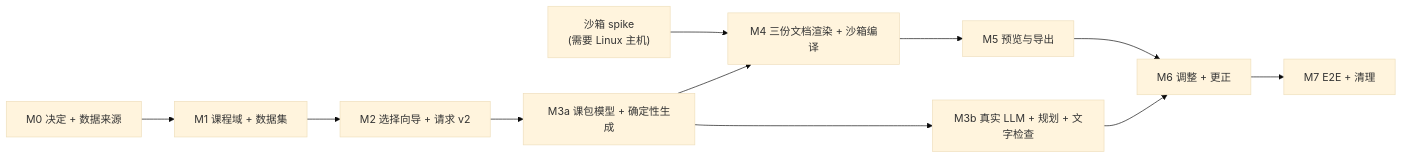
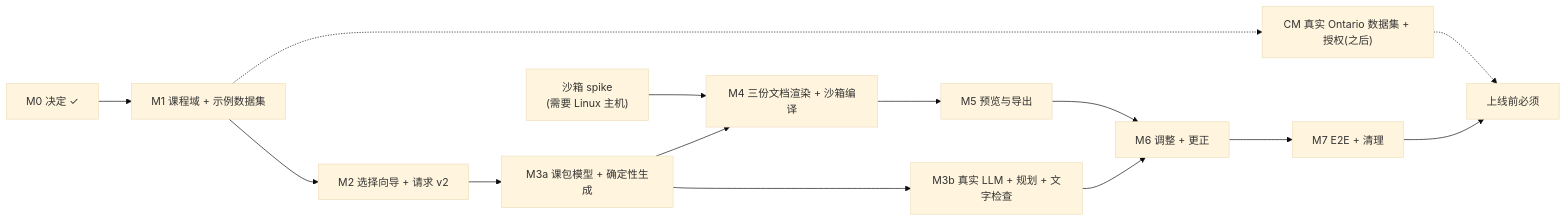
Before and after one commit to yangzi33/noteprep: the second of 2 diagrams in docs/refactor-plan.md, drawn with Mermaid (base theme). The commit also changed other lines of this file and 11 other files, not shown here.

````diff
--- a/docs/refactor-plan.md
+++ b/docs/refactor-plan.md
@@ -143,7 +143,10 @@
 ```mermaid
 flowchart LR
-  M0["M0 决定 + 数据来源"] --> M1["M1 课程域 + 数据集"] --> M2["M2 选择向导 + 请求 v2"] --> M3a["M3a 课包模型 + 确定性生成"] --> M3b["M3b 真实 LLM + 规划 + 文字检查"]
+  M0["M0 决定 ✓"] --> M1["M1 课程域 + 示例数据集"] --> M2["M2 选择向导 + 请求 v2"] --> M3a["M3a 课包模型 + 确定性生成"] --> M3b["M3b 真实 LLM + 规划 + 文字检查"]
   S0["沙箱 spike\n(需要 Linux 主机)"] --> M4
   M3a --> M4["M4 三份文档渲染 + 沙箱编译"] --> M5["M5 预览与导出"] --> M6["M6 调整 + 更正"] --> M7["M7 E2E + 清理"]
   M3b --> M6
+  M1 -.-> CM["CM 真实 Ontario 数据集 + 授权(之后)"]
+  CM -.-> L["上线前必须"]
+  M7 --> L
 ```
````
